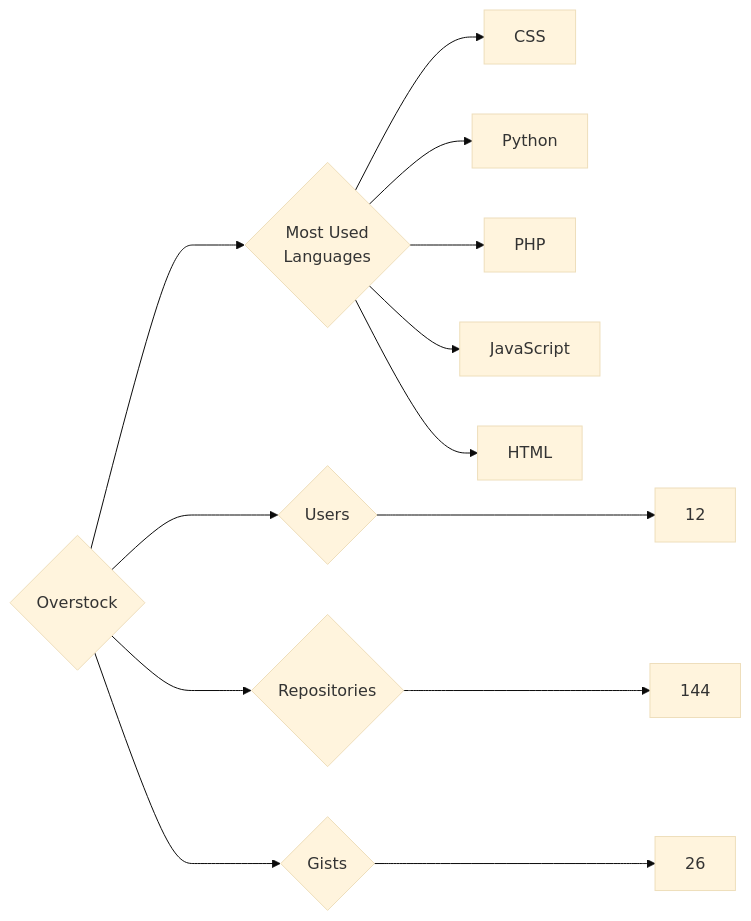
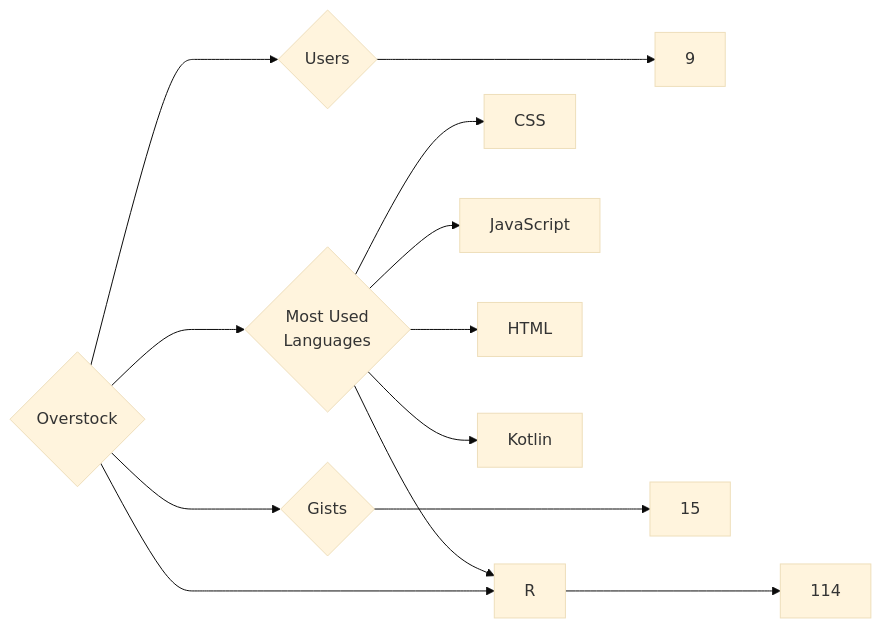
The diagram in targets/Overstock/README.md (trickest/insiders), drawn with Mermaid (base theme) before and after one commit. The commit also changed 953 other files, not shown here.

````diff
--- a/targets/Overstock/README.md
+++ b/targets/Overstock/README.md
@@ -3,13 +3,13 @@
 ```mermaid
 graph LR
 COMPANY_NAME{Overstock}
-COMPANY_NAME ---> U{Users} ---> UN[12]
-COMPANY_NAME ---> R{Repositories} ---> RN[144]
-COMPANY_NAME ---> G{Gists} ---> GN[26]
+COMPANY_NAME ---> U{Users} ---> UN[9]
+COMPANY_NAME ---> R{Repositories} ---> RN[114]
+COMPANY_NAME ---> G{Gists} ---> GN[15]
 COMPANY_NAME ---> ML{Most Used<br>Languages}
 ML --> CSS[CSS]
-ML --> Python[Python]
-ML --> PHP[PHP]
 ML --> JavaScript[JavaScript]
 ML --> HTML[HTML]
+ML --> R[R]
+ML --> Kotlin[Kotlin]
 ```
````
